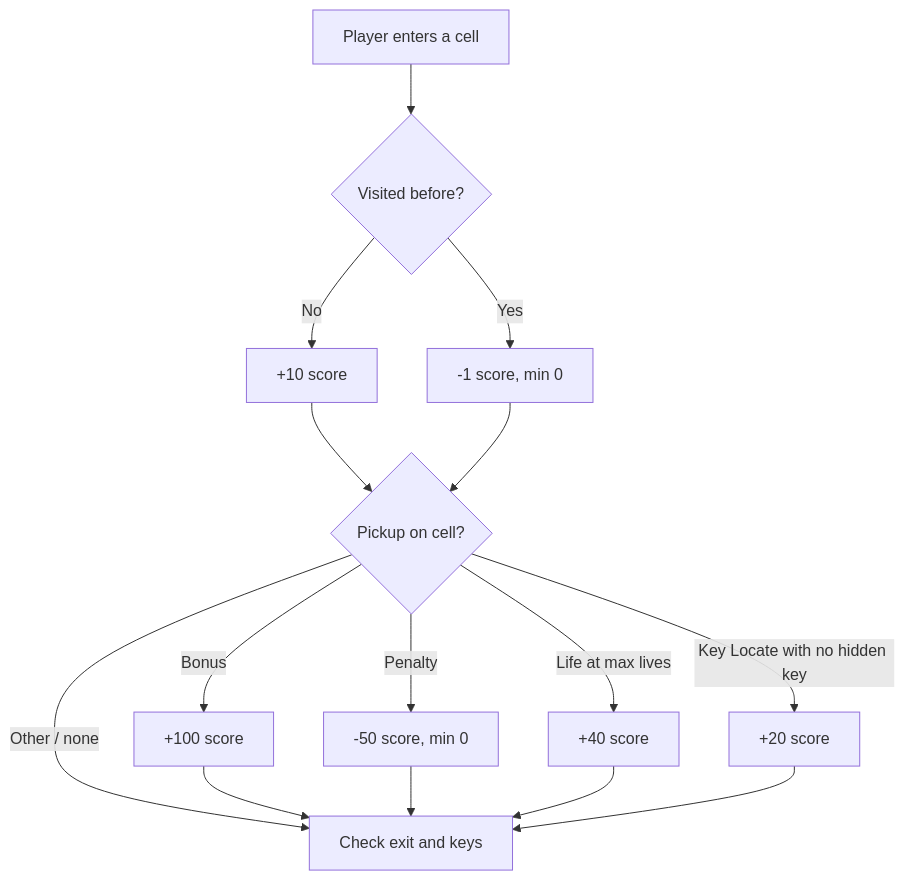
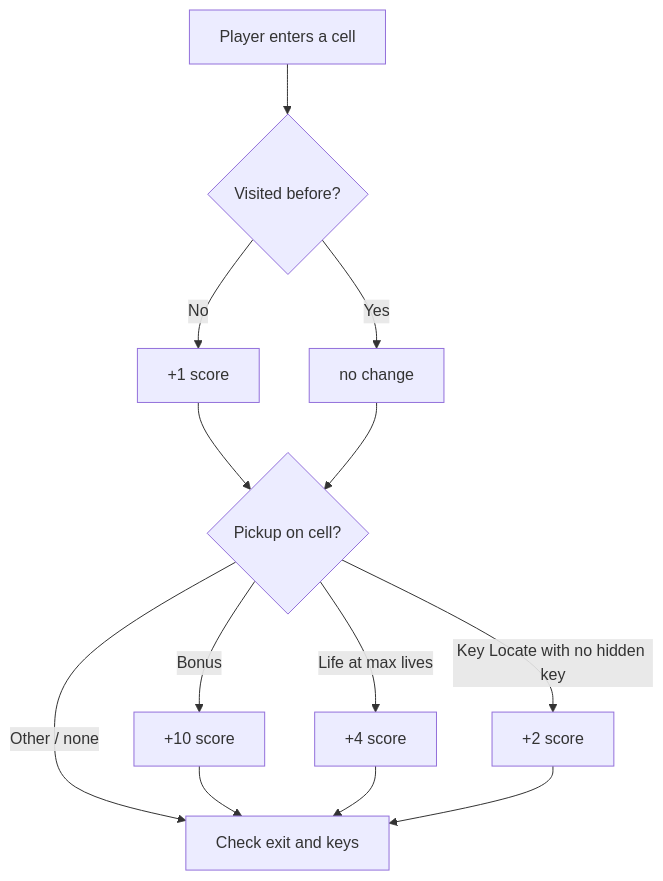
Before and after one commit to Dmitriy-Romanov/laby: the first of 3 diagrams in README.md, drawn with Mermaid. The commit also changed other lines of this file, not shown here.

Commit message:
Update README: score deflation, timer, removed penalty, mobile D-pad, 36px cells

````diff
--- a/README.md
+++ b/README.md
@@ -143,17 +141,15 @@
 ```mermaid
 flowchart TD
     Step["Player enters a cell"] --> Seen{"Visited before?"}
-    Seen -->|No| NewCell["+10 score"]
-    Seen -->|Yes| Revisit["-1 score, min 0"]
+    Seen -->|No| NewCell["+1 score"]
+    Seen -->|Yes| Skip["no change"]
     NewCell --> Pickup{"Pickup on cell?"}
-    Revisit --> Pickup
-    Pickup -->|Bonus| Bonus["+100 score"]
-    Pickup -->|Penalty| Penalty["-50 score, min 0"]
-    Pickup -->|Life at max lives| LifeBonus["+40 score"]
-    Pickup -->|Key Locate with no hidden key| ScanBonus["+20 score"]
+    Skip --> Pickup
+    Pickup -->|Bonus| Bonus["+10 score"]
+    Pickup -->|Life at max lives| LifeBonus["+4 score"]
+    Pickup -->|Key Locate with no hidden key| ScanBonus["+2 score"]
     Pickup -->|Other / none| ExitCheck["Check exit and keys"]
     Bonus --> ExitCheck
-    Penalty --> ExitCheck
     LifeBonus --> ExitCheck
     ScanBonus --> ExitCheck
 ```
````
